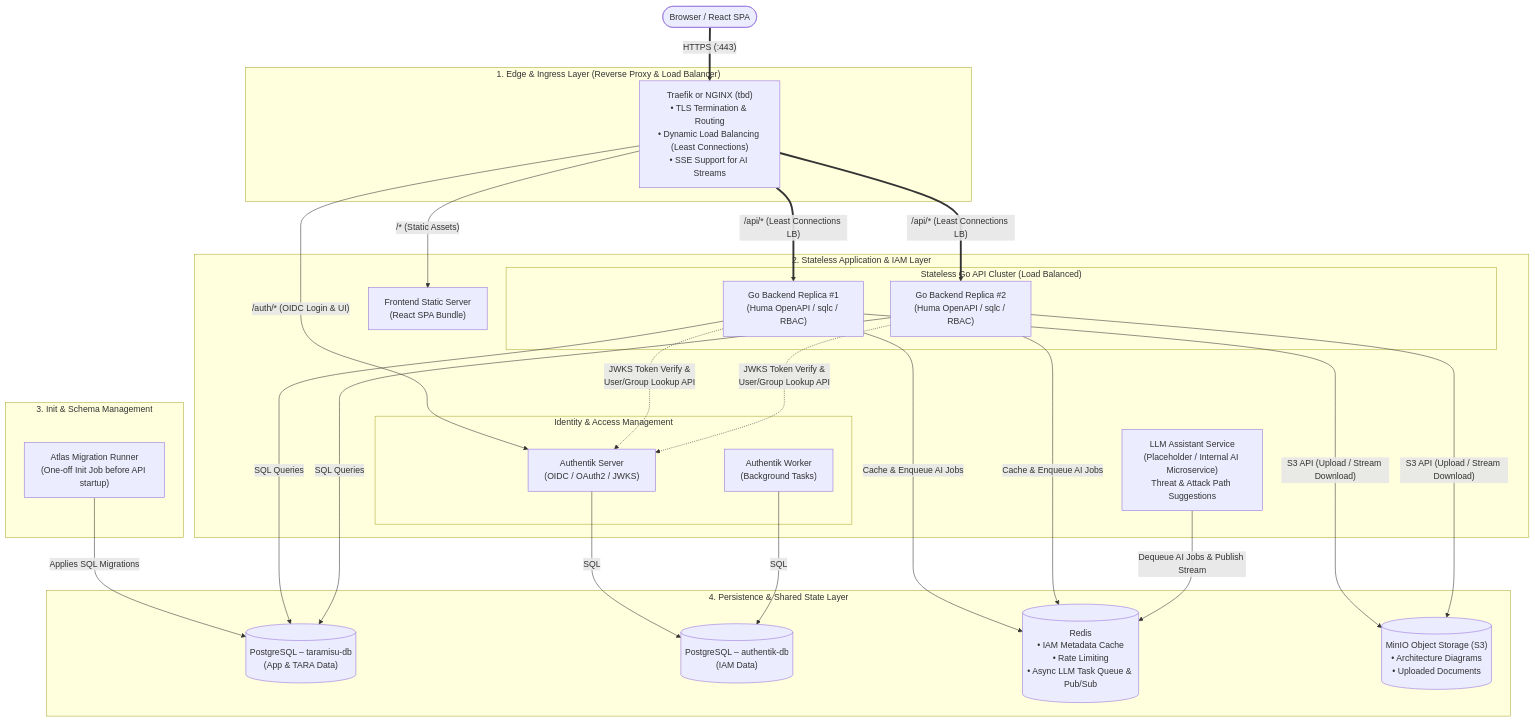
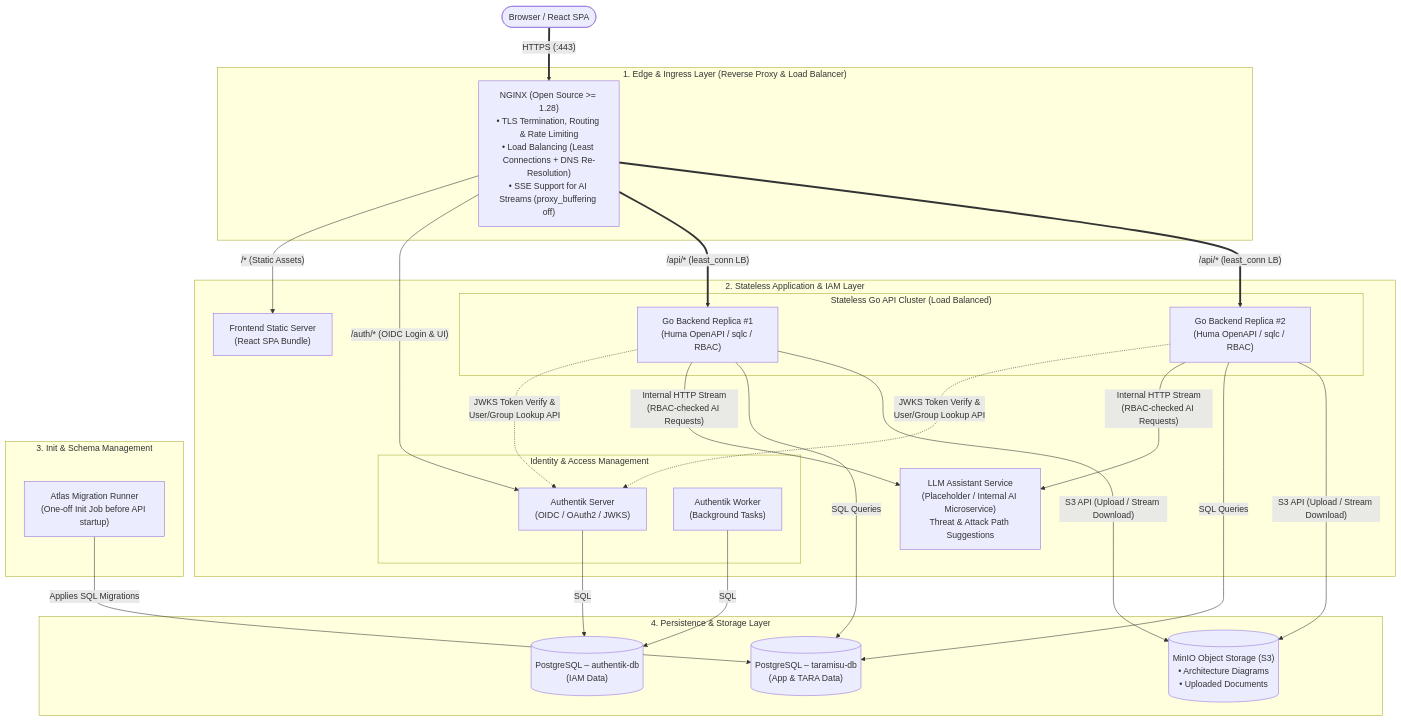
One commit to thi-taramisu/taramisu changed the first of 2 diagrams in docs/internal/architecture/architecture-overview.md. Above: the diagram before and after it, drawn with Mermaid. The commit also changed other lines of this file, not shown here.

Commit message:
update architecture overview; Nginx chosen; No Caching service

````diff
--- a/docs/internal/architecture/architecture-overview.md
+++ b/docs/internal/architecture/architecture-overview.md
@@ -11,74 +11,71 @@
 ```mermaid
 flowchart TB
     %% ==========================================
     %% EXTERNAL ACTORS
     %% ==========================================
     Client([Browser / React SPA])
 
     %% ==========================================
     %% EDGE / INGRESS LAYER
     %% ==========================================
     subgraph Edge_Layer ["1. Edge & Ingress Layer (Reverse Proxy & Load Balancer)"]
-        Traefik["Traefik or NGINX (tbd)<br/>• TLS Termination & Routing<br/>• Dynamic Load Balancing (Least Connections)<br/>• SSE Support for AI Streams"]
+        NGINX["NGINX (Open Source >= 1.28)<br/>• TLS Termination, Routing & Rate Limiting<br/>• Load Balancing (Least Connections + DNS Re-Resolution)<br/>• SSE Support for AI Streams (proxy_buffering off)"]
     end
 
     %% ==========================================
     %% APPLICATION & IAM LAYER
     %% ==========================================
     subgraph App_Layer ["2. Stateless Application & IAM Layer"]
         FE["Frontend Static Server<br/>(React SPA Bundle)"]
         
         subgraph IAM_Stack ["Identity & Access Management"]
             AuthServer["Authentik Server<br/>(OIDC / OAuth2 / JWKS)"]
             AuthWorker["Authentik Worker<br/>(Background Tasks)"]
         end
 
         subgraph Backend_Cluster ["Stateless Go API Cluster (Load Balanced)"]
             API1["Go Backend Replica #1<br/>(Huma OpenAPI / sqlc / RBAC)"]
             API2["Go Backend Replica #2<br/>(Huma OpenAPI / sqlc / RBAC)"]
         end
 
         LLM["LLM Assistant Service<br/>(Placeholder / Internal AI Microservice)<br/>Threat & Attack Path Suggestions"]
     end
 
     %% ==========================================
     %% INIT / MIGRATION JOBS
     %% ==========================================
     subgraph Init_Layer ["3. Init & Schema Management"]
         Atlas["Atlas Migration Runner<br/>(One-off Init Job before API startup)"]
     end
 
     %% ==========================================
     %% DATA & STATE LAYER
     %% ==========================================
-    subgraph Data_Layer ["4. Persistence & Shared State Layer"]
+    subgraph Data_Layer ["4. Persistence & Storage Layer"]
         AppDB[("PostgreSQL – taramisu-db<br/>(App & TARA Data)")]
         IAMDB[("PostgreSQL – authentik-db<br/>(IAM Data)")]
-        Redis[("Redis<br/>• IAM Metadata Cache<br/>• Rate Limiting<br/>• Async LLM Task Queue & Pub/Sub")]
         MinIO[("MinIO Object Storage (S3)<br/>• Architecture Diagrams<br/>• Uploaded Documents")]
     end
 
     %% ==========================================
     %% CONNECTIONS & TRAFFIC FLOW
     %% ==========================================
-    Client ==>|"HTTPS (:443)"| Traefik
+    Client ==>|"HTTPS (:443)"| NGINX
 
     %% Edge Routing
-    Traefik -->|"/* (Static Assets)"| FE
-    Traefik -->|"/auth/* (OIDC Login & UI)"| AuthServer
-    Traefik ==>|"/api/* (Least Connections LB)"| API1
-    Traefik ==>|"/api/* (Least Connections LB)"| API2
+    NGINX -->|"/* (Static Assets)"| FE
+    NGINX -->|"/auth/* (OIDC Login & UI)"| AuthServer
+    NGINX ==>|"/api/* (least_conn LB)"| API1
+    NGINX ==>|"/api/* (least_conn LB)"| API2
 
     %% Internal Service Communication
     API1 & API2 -.->|"JWKS Token Verify &<br/>User/Group Lookup API"| AuthServer
+    API1 & API2 -->|"Internal HTTP Stream<br/>(RBAC-checked AI Requests)"| LLM
 
     %% Database & Storage Connections
     Atlas -->|"Applies SQL Migrations"| AppDB
     AuthServer & AuthWorker -->|"SQL"| IAMDB
 
     API1 & API2 -->|"SQL Queries"| AppDB
-    API1 & API2 -->|"Cache & Enqueue AI Jobs"| Redis
     API1 & API2 -->|"S3 API (Upload / Stream Download)"| MinIO
-
-    LLM -->|"Dequeue AI Jobs & Publish Stream"| Redis
 ```
````
